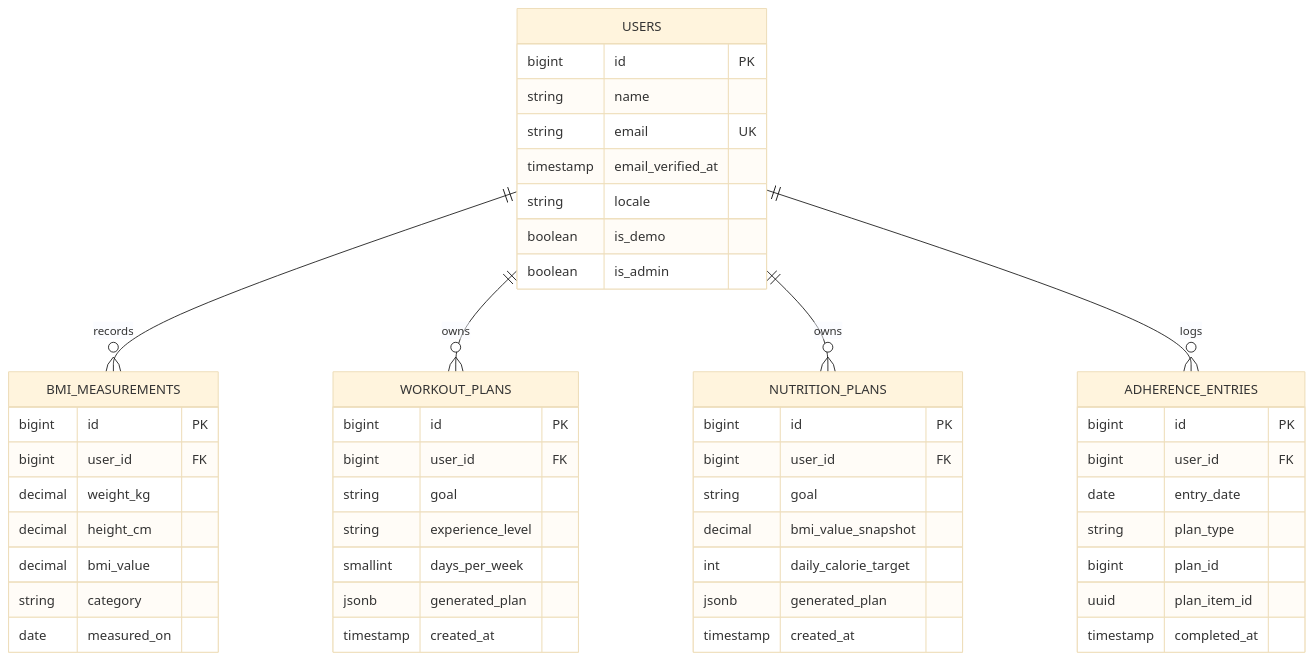
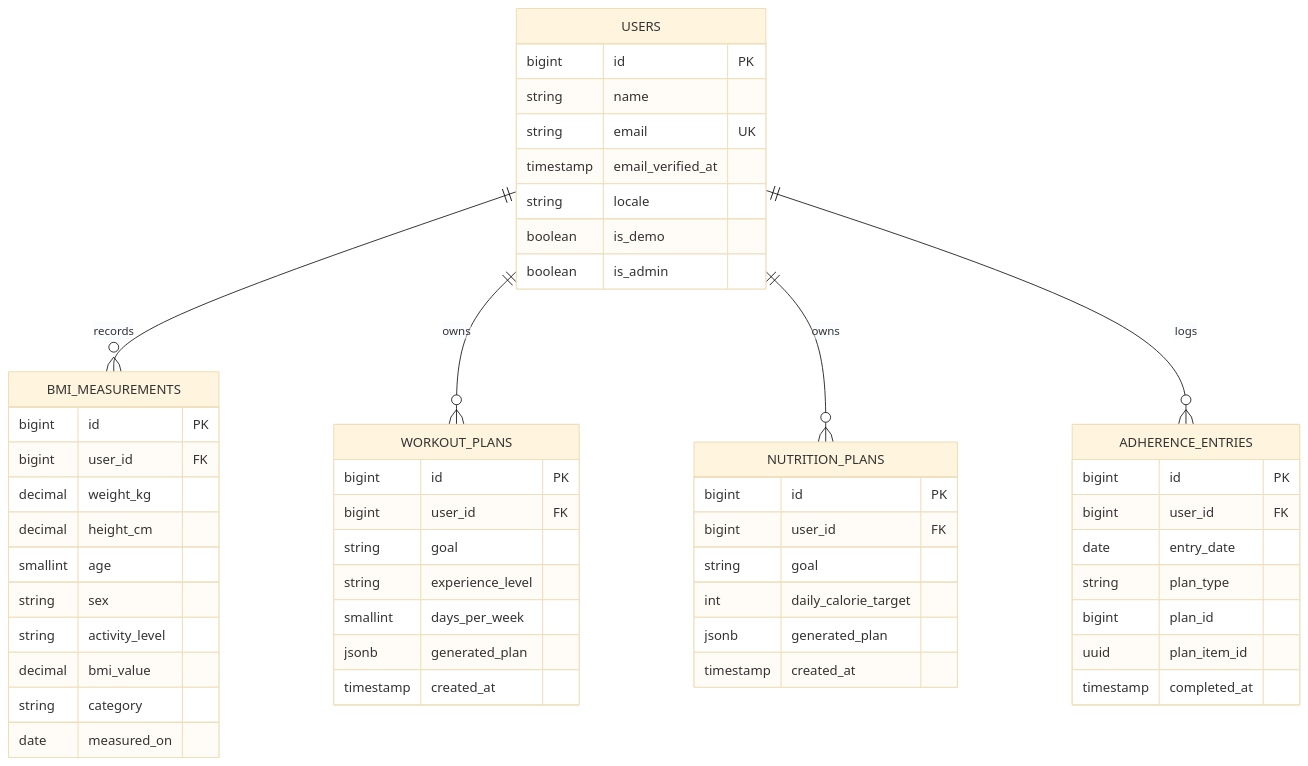
One commit to Zaitis/FitnessLab changed the second of 2 diagrams in docs/ARCHITECTURE.md. Above: the diagram before and after it, drawn with Mermaid (base theme). The commit also changed other lines of this file and 63 other files, not shown here.

````diff
--- a/docs/ARCHITECTURE.md
+++ b/docs/ARCHITECTURE.md
@@ -172,53 +172,55 @@
 ```mermaid
 erDiagram
     USERS ||--o{ BMI_MEASUREMENTS : records
     USERS ||--o{ WORKOUT_PLANS : owns
     USERS ||--o{ NUTRITION_PLANS : owns
     USERS ||--o{ ADHERENCE_ENTRIES : logs
 
     USERS {
         bigint id PK
         string name
         string email UK
         timestamp email_verified_at
         string locale
         boolean is_demo
         boolean is_admin
     }
     BMI_MEASUREMENTS {
         bigint id PK
         bigint user_id FK
         decimal weight_kg
         decimal height_cm
+        smallint age
+        string sex
+        string activity_level
         decimal bmi_value
         string category
         date measured_on
     }
     WORKOUT_PLANS {
         bigint id PK
         bigint user_id FK
         string goal
         string experience_level
         smallint days_per_week
         jsonb generated_plan
         timestamp created_at
     }
     NUTRITION_PLANS {
         bigint id PK
         bigint user_id FK
         string goal
-        decimal bmi_value_snapshot
         int daily_calorie_target
         jsonb generated_plan
         timestamp created_at
     }
     ADHERENCE_ENTRIES {
         bigint id PK
         bigint user_id FK
         date entry_date
         string plan_type
         bigint plan_id
         uuid plan_item_id
         timestamp completed_at
     }
 ```
````
